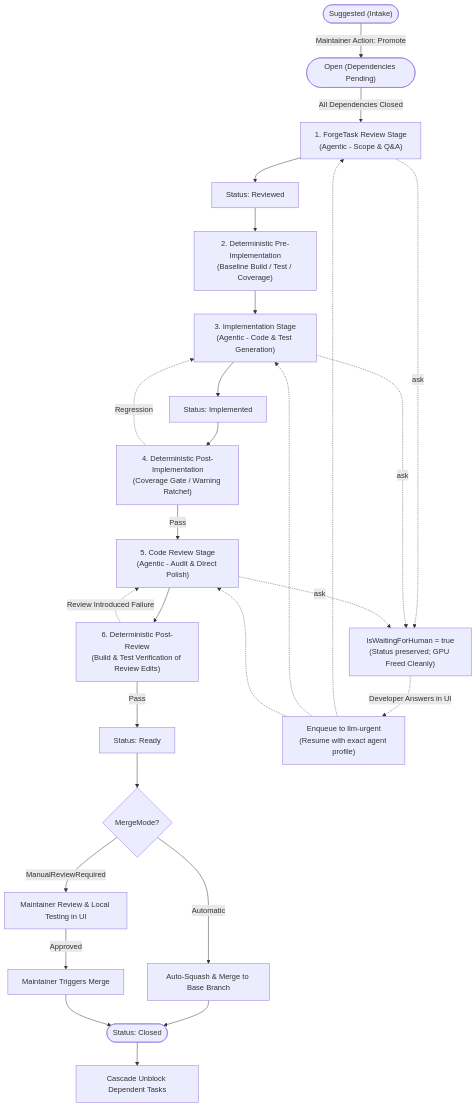
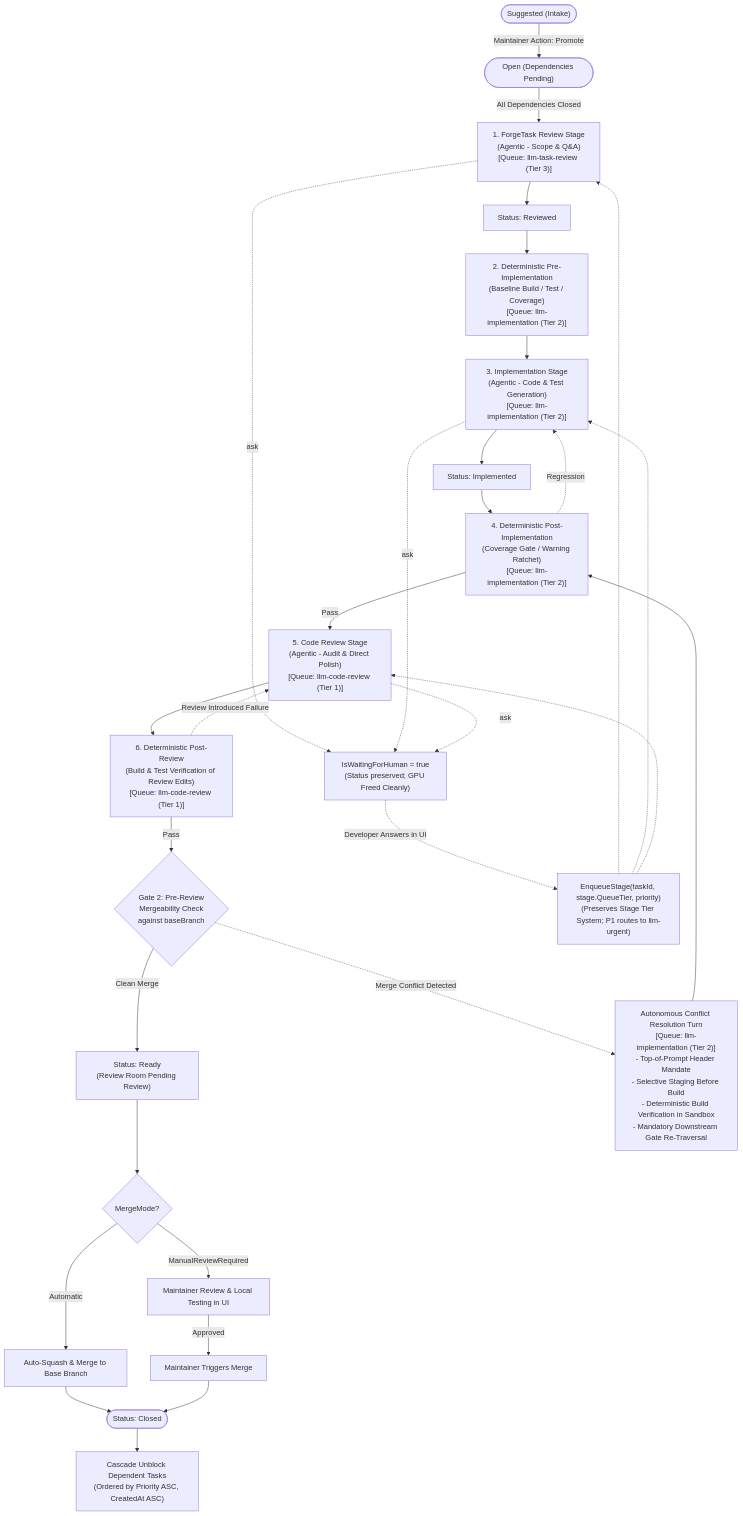
Before and after one commit to jetelain/NightCodeForge: the third of 27 diagrams in docs/ARCHITECTURE.md, drawn with Mermaid. The commit also changed other lines of this file, not shown here.

````diff
--- a/docs/ARCHITECTURE.md
+++ b/docs/ARCHITECTURE.md
@@ -226,31 +257,35 @@
 ```mermaid
 flowchart TD
     Suggested(["Suggested (Intake)"]) -->|Maintainer Action: Promote| Open(["Open (Dependencies Pending)"])
-    Open -->|All Dependencies Closed| S1["1. ForgeTask Review Stage\n(Agentic - Scope & Q&A)"]
+    Open -->|All Dependencies Closed| S1["1. ForgeTask Review Stage\n(Agentic - Scope & Q&A)\n[Queue: llm-task-review (Tier 3)]"]
     S1 --> Reviewed["Status: Reviewed"]
-    Reviewed --> S2["2. Deterministic Pre-Implementation\n(Baseline Build / Test / Coverage)"]
-    S2 --> S3["3. Implementation Stage\n(Agentic - Code & Test Generation)"]
+    Reviewed --> S2["2. Deterministic Pre-Implementation\n(Baseline Build / Test / Coverage)\n[Queue: llm-implementation (Tier 2)]"]
+    S2 --> S3["3. Implementation Stage\n(Agentic - Code & Test Generation)\n[Queue: llm-implementation (Tier 2)]"]
     S3 --> Implemented["Status: Implemented"]
-    Implemented --> S4["4. Deterministic Post-Implementation\n(Coverage Gate / Warning Ratchet)"]
-    S4 -->|Pass| S5["5. Code Review Stage\n(Agentic - Audit & Direct Polish)"]
+    Implemented --> S4["4. Deterministic Post-Implementation\n(Coverage Gate / Warning Ratchet)\n[Queue: llm-implementation (Tier 2)]"]
+    S4 -->|Pass| S5["5. Code Review Stage\n(Agentic - Audit & Direct Polish)\n[Queue: llm-code-review (Tier 1)]"]
     S4 -.->|Regression| S3
-    S5 --> S6["6. Deterministic Post-Review\n(Build & Test Verification of Review Edits)"]
-    S6 -->|Pass| Ready["Status: Ready"]
+    S5 --> S6["6. Deterministic Post-Review\n(Build & Test Verification of Review Edits)\n[Queue: llm-code-review (Tier 1)]"]
+    S6 -->|Pass| Gate2{"Gate 2: Pre-Review\nMergeability Check\nagainst baseBranch"}
     S6 -.->|Review Introduced Failure| S5
+
+    Gate2 -->|Clean Merge| Ready["Status: Ready\n(Review Room Pending Review)"]
+    Gate2 -.->|Merge Conflict Detected| ConflictResolution["Autonomous Conflict Resolution Turn\n[Queue: llm-implementation (Tier 2)]\n- Top-of-Prompt Header Mandate\n- Selective Staging Before Build\n- Deterministic Build Verification in Sandbox\n- Mandatory Downstream Gate Re-Traversal"]
+    ConflictResolution --> S4
 
     Ready --> MergeGate{"MergeMode?"}
     MergeGate -->|Automatic| AutoMerge["Auto-Squash & Merge to Base Branch"]
     MergeGate -->|ManualReviewRequired| ManualWait["Maintainer Review & Local Testing in UI"]
     ManualWait -->|Approved| ManualMerge["Maintainer Triggers Merge"]
     AutoMerge --> Closed(["Status: Closed"])
     ManualMerge --> Closed
-    Closed --> Cascade["Cascade Unblock Dependent Tasks"]
+    Closed --> Cascade["Cascade Unblock Dependent Tasks\n(Ordered by Priority ASC, CreatedAt ASC)"]
 
     S1 -.->|ask| Blocked["IsWaitingForHuman = true\n(Status preserved; GPU Freed Cleanly)"]
     S3 -.->|ask| Blocked
     S5 -.->|ask| Blocked
-    Blocked -.->|Developer Answers in UI| ResumeUrgent["Enqueue to llm-urgent\n(Resume with exact agent profile)"]
-    ResumeUrgent -.-> S1
-    ResumeUrgent -.-> S3
-    ResumeUrgent -.-> S5
+    Blocked -.->|Developer Answers in UI| ResumeTier["EnqueueStage(taskId, stage.QueueTier, priority)\n(Preserves Stage Tier System; P1 routes to llm-urgent)"]
+    ResumeTier -.-> S1
+    ResumeTier -.-> S3
+    ResumeTier -.-> S5
 ```
````
